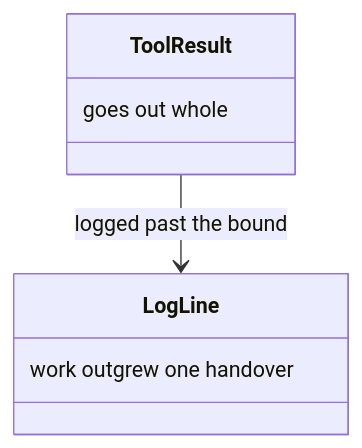
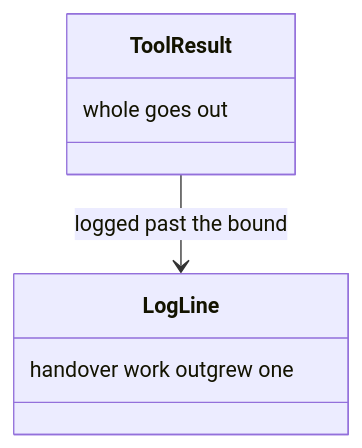
One commit to m2ux/workflow-server changed diagram 18 of 26 in docs/delivery.md. Above: the diagram before and after it, drawn with Mermaid. The commit also changed other lines of this file and 13 other files, not shown here.

````diff
--- a/docs/delivery.md
+++ b/docs/delivery.md
@@ -318,10 +318,10 @@
 ```mermaid
 classDiagram
   class ToolResult {
-    goes out whole
+    whole goes out
   }
   class LogLine {
-    work outgrew one handover
+    handover work outgrew one
   }
   ToolResult --> LogLine : logged past the bound
 ```
````
